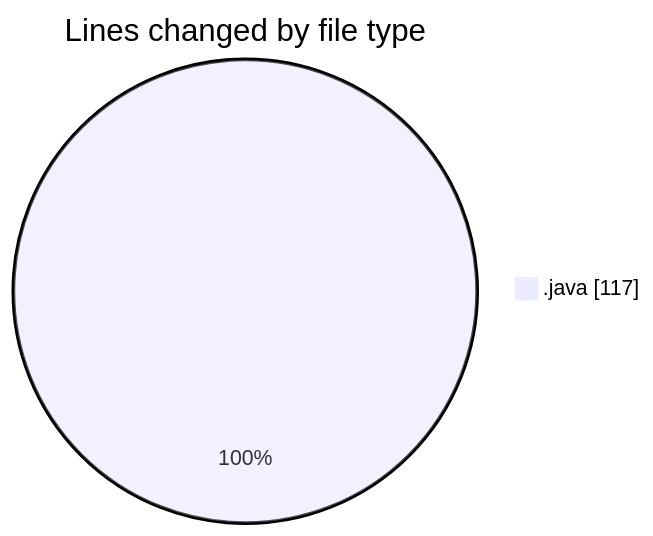
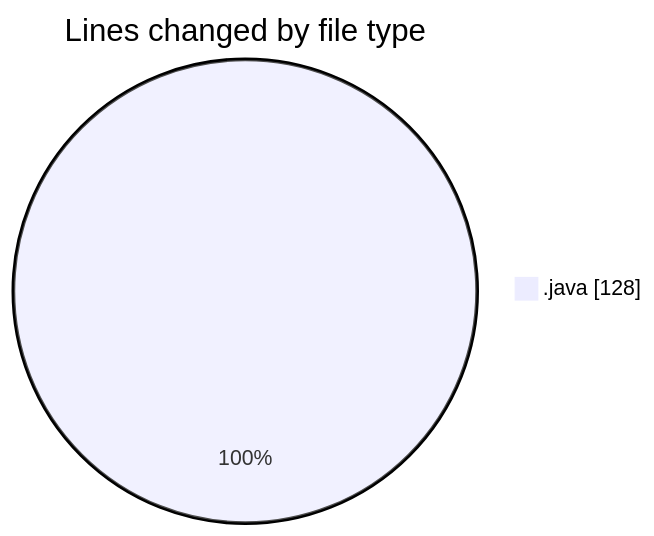
One commit to NitaiMahat/code-tracking changed the first of 2 diagrams in 2025-03-11/inventor/README.md. Above: the diagram before and after it, drawn with Mermaid. The commit also changed other lines of this file and 1 other file, not shown here.

````diff
--- a/2025-03-11/inventor/README.md
+++ b/2025-03-11/inventor/README.md
@@ -21,5 +22,5 @@
 ```mermaid
 pie showData
 title Lines changed by file type
-".java" : 117
+".java" : 128
 ```
````
